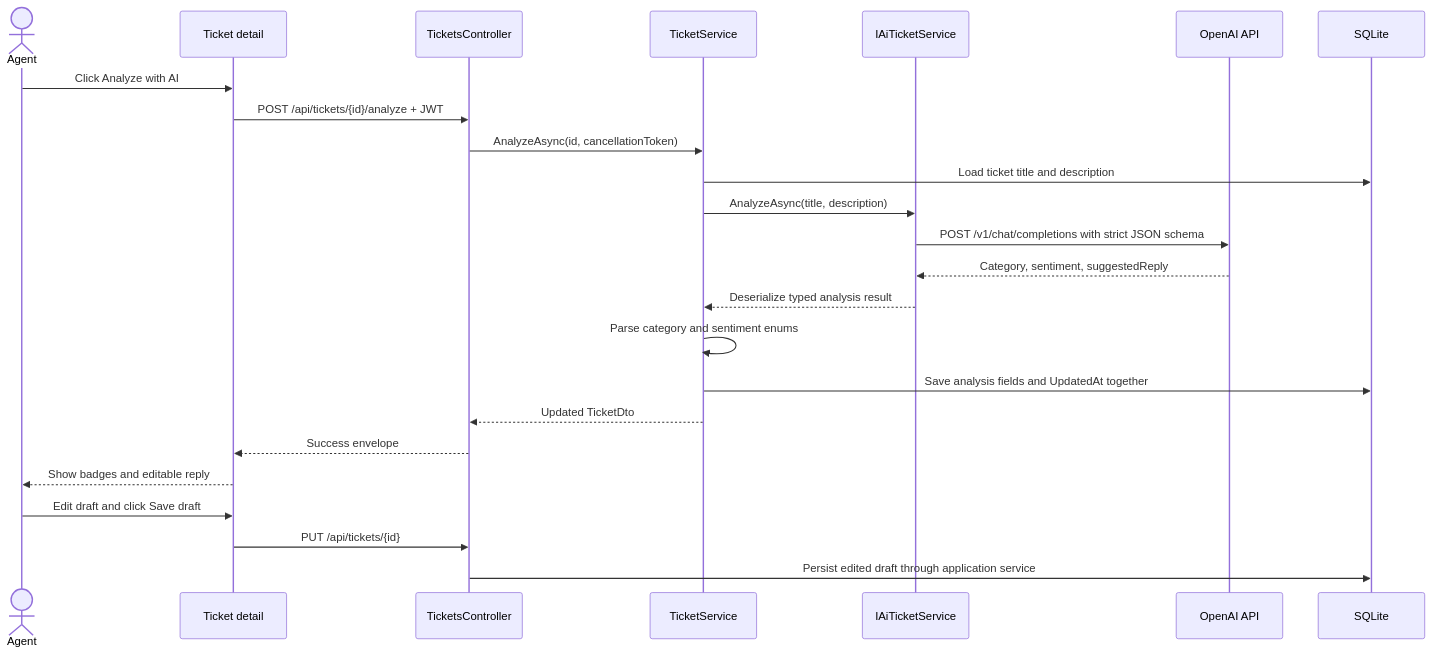
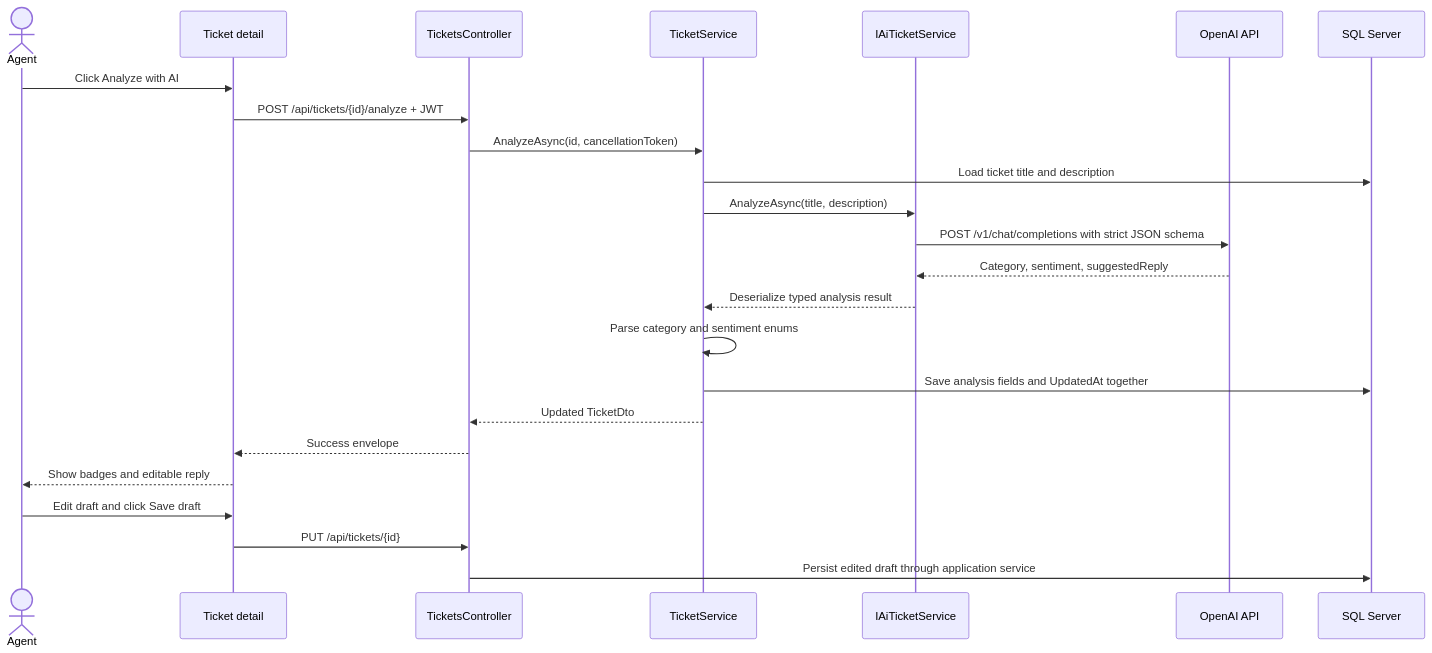
Diagram 11 of 12 in README.md (wldbaig/HelpDesk-AI), drawn with Mermaid before and after one commit. The commit also changed other lines of this file and 38 other files, not shown here.

Commit message:
feature/major_fixes_migrate_to_sql_server_and_refactor_angular_frontend_to_npm_removed_pnmp

````diff
--- a/README.md
+++ b/README.md
@@ -355,27 +360,27 @@
 ```mermaid
 sequenceDiagram
     actor Agent
     participant UI as Ticket detail
     participant API as TicketsController
     participant Service as TicketService
     participant AI as IAiTicketService
     participant OpenAI as OpenAI API
-    participant DB as SQLite
+    participant DB as SQL Server
 
     Agent->>UI: Click Analyze with AI
     UI->>API: POST /api/tickets/{id}/analyze + JWT
     API->>Service: AnalyzeAsync(id, cancellationToken)
     Service->>DB: Load ticket title and description
     Service->>AI: AnalyzeAsync(title, description)
     AI->>OpenAI: POST /v1/chat/completions with strict JSON schema
     OpenAI-->>AI: Category, sentiment, suggestedReply
     AI-->>Service: Deserialize typed analysis result
     Service->>Service: Parse category and sentiment enums
     Service->>DB: Save analysis fields and UpdatedAt together
     Service-->>API: Updated TicketDto
     API-->>UI: Success envelope
     UI-->>Agent: Show badges and editable reply
     Agent->>UI: Edit draft and click Save draft
     UI->>API: PUT /api/tickets/{id}
     API->>DB: Persist edited draft through application service
 ```
````
